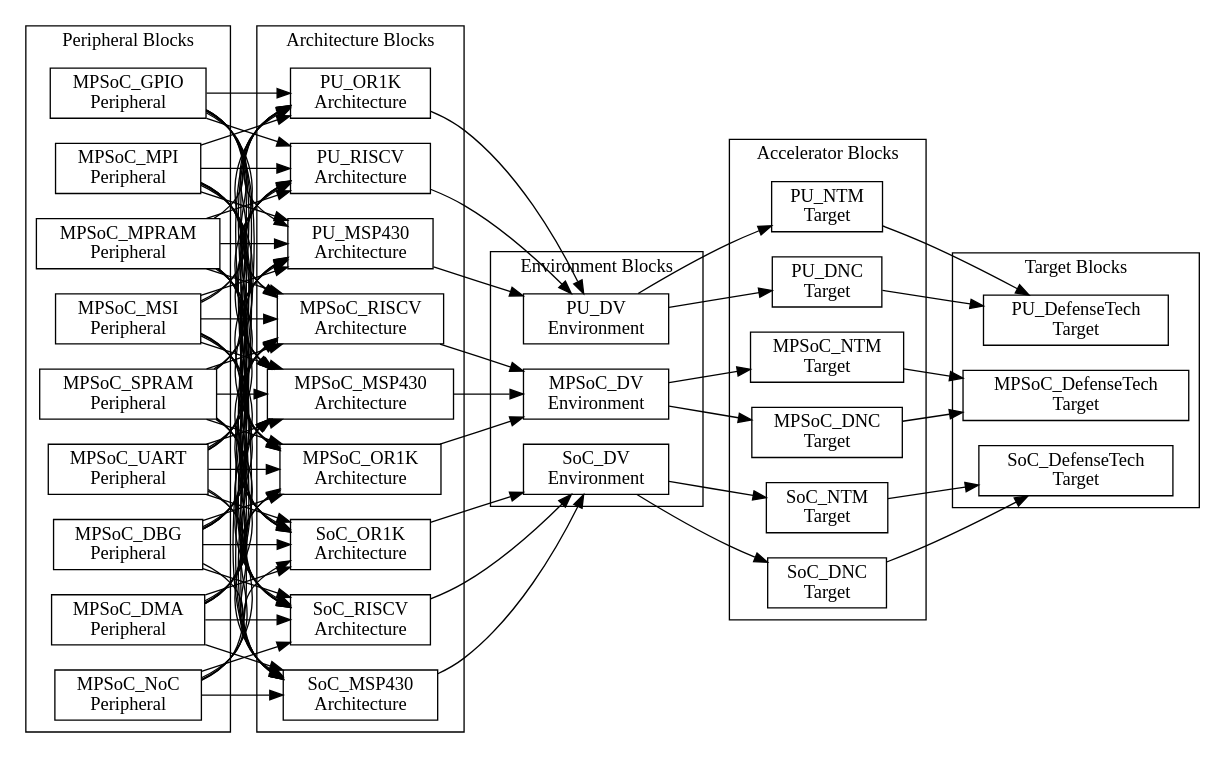
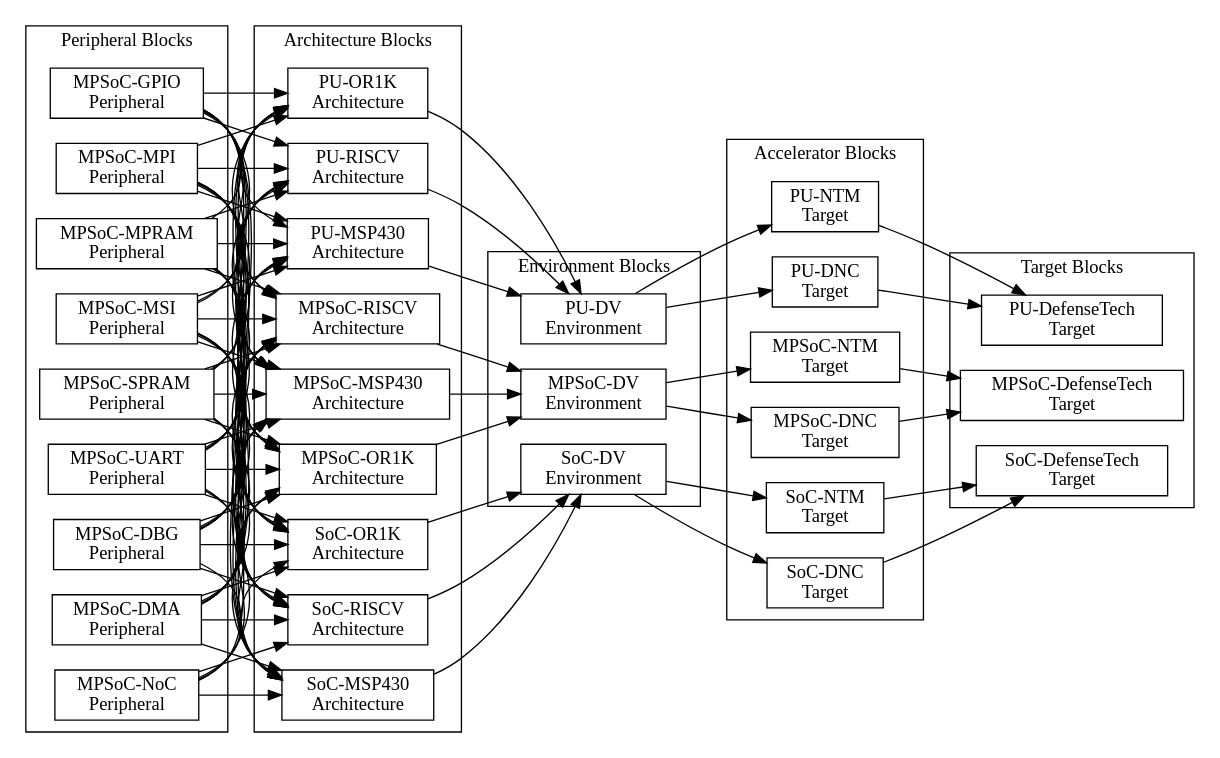
The diagram in doc/book/assets/chapter3/dependences-mpsoc-energytech.dot (PacoReinaCampo/SoC-RTOS), drawn with Graphviz before and after one commit. The commit also changed 57 other files, not shown here.

```diff
--- a/doc/book/assets/chapter3/dependences-mpsoc-energytech.dot
+++ b/doc/book/assets/chapter3/dependences-mpsoc-energytech.dot
@@ -1,179 +1,179 @@
 digraph Project {
   // Introduction
   graph [rankdir = LR];
   node[shape=record];
 
   // Peripheral Blocks
   subgraph "cluster PeripheralBlocks" { label = "Peripheral Blocks";
-    MPSoC_DBG[label="MPSoC_DBG \nPeripheral"];
-    MPSoC_DMA[label="MPSoC_DMA \nPeripheral"];
-    MPSoC_GPIO[label="MPSoC_GPIO \nPeripheral"];
-    MPSoC_MPI[label="MPSoC_MPI \nPeripheral"];
-    MPSoC_MPRAM[label="MPSoC_MPRAM \nPeripheral"];
-    MPSoC_MSI[label="MPSoC_MSI \nPeripheral"];
-    MPSoC_NoC[label="MPSoC_NoC \nPeripheral"];
-    MPSoC_SPRAM[label="MPSoC_SPRAM \nPeripheral"];
-    MPSoC_UART[label="MPSoC_UART \nPeripheral"];
+    MPSoC_DBG[label="MPSoC-DBG \nPeripheral"];
+    MPSoC_DMA[label="MPSoC-DMA \nPeripheral"];
+    MPSoC_GPIO[label="MPSoC-GPIO \nPeripheral"];
+    MPSoC_MPI[label="MPSoC-MPI \nPeripheral"];
+    MPSoC_MPRAM[label="MPSoC-MPRAM \nPeripheral"];
+    MPSoC_MSI[label="MPSoC-MSI \nPeripheral"];
+    MPSoC_NoC[label="MPSoC-NoC \nPeripheral"];
+    MPSoC_SPRAM[label="MPSoC-SPRAM \nPeripheral"];
+    MPSoC_UART[label="MPSoC-UART \nPeripheral"];
   }
 
   // Architecture Blocks
   subgraph "cluster ArchitectureBlocks" { label = "Architecture Blocks";
-    MPSoC_MSP430[label="MPSoC_MSP430 \nArchitecture"];
-    MPSoC_OR1K[label="MPSoC_OR1K \nArchitecture"];
-    MPSoC_RISCV[label="MPSoC_RISCV \nArchitecture"];
-    SoC_MSP430[label="SoC_MSP430 \nArchitecture"];
-    SoC_OR1K[label="SoC_OR1K \nArchitecture"];
-    SoC_RISCV[label="SoC_RISCV \nArchitecture"];
-    PU_MSP430[label="PU_MSP430 \nArchitecture"];
-    PU_OR1K[label="PU_OR1K \nArchitecture"];
-    PU_RISCV[label="PU_RISCV \nArchitecture"];
+    MPSoC_MSP430[label="MPSoC-MSP430 \nArchitecture"];
+    MPSoC_OR1K[label="MPSoC-OR1K \nArchitecture"];
+    MPSoC_RISCV[label="MPSoC-RISCV \nArchitecture"];
+    SoC_MSP430[label="SoC-MSP430 \nArchitecture"];
+    SoC_OR1K[label="SoC-OR1K \nArchitecture"];
+    SoC_RISCV[label="SoC-RISCV \nArchitecture"];
+    PU_MSP430[label="PU-MSP430 \nArchitecture"];
+    PU_OR1K[label="PU-OR1K \nArchitecture"];
+    PU_RISCV[label="PU-RISCV \nArchitecture"];
   }
 
   // Environment Blocks
   subgraph "cluster EnvironmentBlocks" { label = "Environment Blocks";
-    MPSoC_DV[label="MPSoC_DV \nEnvironment"];
-    SoC_DV[label="SoC_DV \nEnvironment"];
-    PU_DV[label="PU_DV \nEnvironment"];
+    MPSoC_DV[label="MPSoC-DV \nEnvironment"];
+    SoC_DV[label="SoC-DV \nEnvironment"];
+    PU_DV[label="PU-DV \nEnvironment"];
   }
 
   // Accelerator Blocks
   subgraph "cluster AcceleratorBlocks" { label = "Accelerator Blocks";
-    MPSoC_NTM[label="MPSoC_NTM \nTarget"];
-    SoC_NTM[label="SoC_NTM \nTarget"];
-    PU_NTM[label="PU_NTM \nTarget"];
+    MPSoC_NTM[label="MPSoC-NTM \nTarget"];
+    SoC_NTM[label="SoC-NTM \nTarget"];
+    PU_NTM[label="PU-NTM \nTarget"];
 
-    MPSoC_DNC[label="MPSoC_DNC \nTarget"];
-    SoC_DNC[label="SoC_DNC \nTarget"];
-    PU_DNC[label="PU_DNC \nTarget"];
+    MPSoC_DNC[label="MPSoC-DNC \nTarget"];
+    SoC_DNC[label="SoC-DNC \nTarget"];
+    PU_DNC[label="PU-DNC \nTarget"];
   }
 
   // Target Blocks
   subgraph "cluster TargetBlocks" { label = "Target Blocks";
-    MPSoC_DefenseTech[label="MPSoC_DefenseTech \nTarget"];
-    SoC_DefenseTech[label="SoC_DefenseTech \nTarget"];
-    PU_DefenseTech[label="PU_DefenseTech \nTarget"];
+    MPSoC_DefenseTech[label="MPSoC-DefenseTech \nTarget"];
+    SoC_DefenseTech[label="SoC-DefenseTech \nTarget"];
+    PU_DefenseTech[label="PU-DefenseTech \nTarget"];
   }
 
   // Peripheral -> Architecture
   MPSoC_DBG -> MPSoC_MSP430;
   MPSoC_DMA -> MPSoC_MSP430;
   MPSoC_GPIO -> MPSoC_MSP430;
   MPSoC_MPI -> MPSoC_MSP430;
   MPSoC_MPRAM -> MPSoC_MSP430;
   MPSoC_MSI -> MPSoC_MSP430;
   MPSoC_NoC -> MPSoC_MSP430;
   MPSoC_SPRAM -> MPSoC_MSP430;
   MPSoC_UART -> MPSoC_MSP430;
 
   MPSoC_DBG -> SoC_MSP430;
   MPSoC_DMA -> SoC_MSP430;
   MPSoC_GPIO -> SoC_MSP430;
   MPSoC_MPI -> SoC_MSP430;
   MPSoC_MPRAM -> SoC_MSP430;
   MPSoC_MSI -> SoC_MSP430;
   MPSoC_NoC -> SoC_MSP430;
   MPSoC_SPRAM -> SoC_MSP430;
   MPSoC_UART -> SoC_MSP430;
 
   MPSoC_DBG -> PU_MSP430;
   MPSoC_DMA -> PU_MSP430;
   MPSoC_GPIO -> PU_MSP430;
   MPSoC_MPI -> PU_MSP430;
   MPSoC_MPRAM -> PU_MSP430;
   MPSoC_MSI -> PU_MSP430;
   MPSoC_SPRAM -> PU_MSP430;
   MPSoC_UART -> PU_MSP430;
 
 
   MPSoC_DBG -> MPSoC_OR1K;
   MPSoC_DMA -> MPSoC_OR1K;
   MPSoC_GPIO -> MPSoC_OR1K;
   MPSoC_MPI -> MPSoC_OR1K;
   MPSoC_MPRAM -> MPSoC_OR1K;
   MPSoC_MSI -> MPSoC_OR1K;
   MPSoC_NoC -> MPSoC_OR1K;
   MPSoC_SPRAM -> MPSoC_OR1K;
   MPSoC_UART -> MPSoC_OR1K;
 
   MPSoC_DBG -> SoC_OR1K;
   MPSoC_DMA -> SoC_OR1K;
   MPSoC_GPIO -> SoC_OR1K;
   MPSoC_MPI -> SoC_OR1K;
   MPSoC_MPRAM -> SoC_OR1K;
   MPSoC_MSI -> SoC_OR1K;
   MPSoC_NoC -> SoC_OR1K;
   MPSoC_SPRAM -> SoC_OR1K;
   MPSoC_UART -> SoC_OR1K;
 
   MPSoC_DBG -> PU_OR1K;
   MPSoC_DMA -> PU_OR1K;
   MPSoC_GPIO -> PU_OR1K;
   MPSoC_MPI -> PU_OR1K;
   MPSoC_MPRAM -> PU_OR1K;
   MPSoC_MSI -> PU_OR1K;
   MPSoC_SPRAM -> PU_OR1K;
   MPSoC_UART -> PU_OR1K;
 
 
   MPSoC_DBG -> MPSoC_RISCV;
   MPSoC_DMA -> MPSoC_RISCV;
   MPSoC_GPIO -> MPSoC_RISCV;
   MPSoC_MPI -> MPSoC_RISCV;
   MPSoC_MPRAM -> MPSoC_RISCV;
   MPSoC_MSI -> MPSoC_RISCV;
   MPSoC_NoC -> MPSoC_RISCV;
   MPSoC_SPRAM -> MPSoC_RISCV;
   MPSoC_UART -> MPSoC_RISCV;
 
   MPSoC_DBG -> SoC_RISCV;
   MPSoC_DMA -> SoC_RISCV;
   MPSoC_GPIO -> SoC_RISCV;
   MPSoC_MPI -> SoC_RISCV;
   MPSoC_MPRAM -> SoC_RISCV;
   MPSoC_MSI -> SoC_RISCV;
   MPSoC_NoC -> SoC_RISCV;
   MPSoC_SPRAM -> SoC_RISCV;
   MPSoC_UART -> SoC_RISCV;
 
   MPSoC_DBG -> PU_RISCV;
   MPSoC_DMA -> PU_RISCV;
   MPSoC_GPIO -> PU_RISCV;
   MPSoC_MPI -> PU_RISCV;
   MPSoC_MPRAM -> PU_RISCV;
   MPSoC_MSI -> PU_RISCV;
   MPSoC_SPRAM -> PU_RISCV;
   MPSoC_UART -> PU_RISCV;
 
   // Architecture -> Environment
   PU_MSP430 -> PU_DV;
   PU_OR1K -> PU_DV;
   PU_RISCV -> PU_DV;
 
   SoC_MSP430 -> SoC_DV;
   SoC_OR1K -> SoC_DV;
   SoC_RISCV -> SoC_DV;
 
   MPSoC_MSP430 -> MPSoC_DV;
   MPSoC_OR1K -> MPSoC_DV;
   MPSoC_RISCV -> MPSoC_DV;
 
   // Environment -> Accelerator
   PU_DV -> PU_NTM;
   PU_DV -> PU_DNC;
 
   SoC_DV -> SoC_NTM;
   SoC_DV -> SoC_DNC;
 
   MPSoC_DV -> MPSoC_NTM;
   MPSoC_DV -> MPSoC_DNC;
 
   // Accelerator -> Target
   PU_NTM -> PU_DefenseTech;
   PU_DNC -> PU_DefenseTech;
 
   SoC_NTM -> SoC_DefenseTech;
   SoC_DNC -> SoC_DefenseTech;
 
   MPSoC_NTM -> MPSoC_DefenseTech;
   MPSoC_DNC -> MPSoC_DefenseTech;
 }
```
